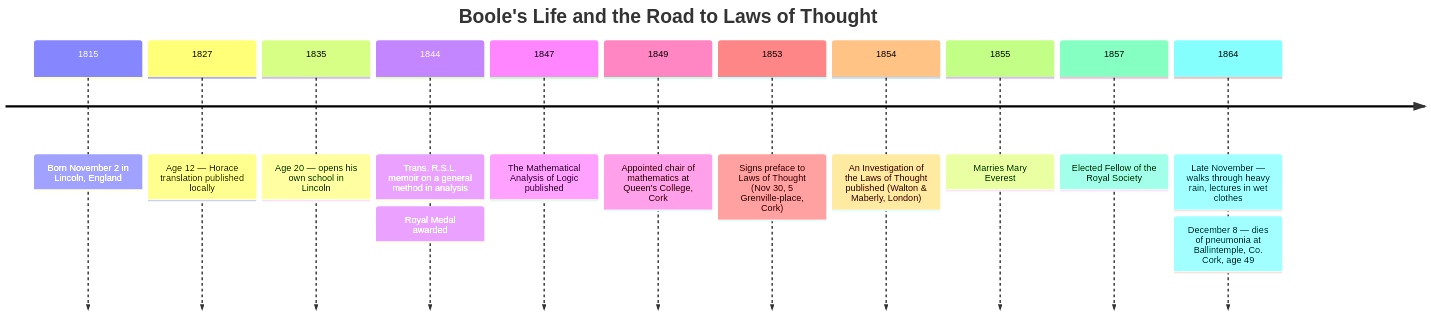
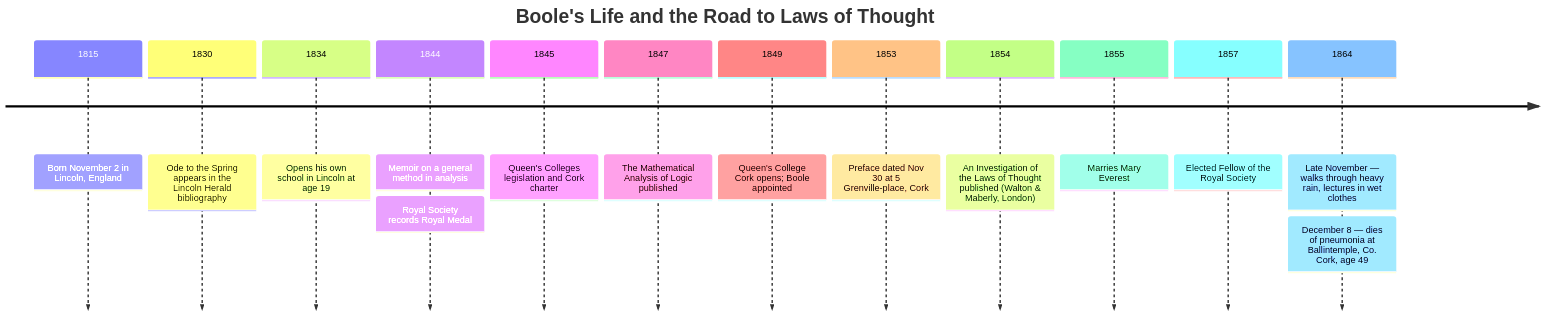
Before and after one commit to kube-dojo/kube-dojo: the diagram in src/content/docs/ai-history/ch-01-the-laws-of-thought.md, drawn with Mermaid. The commit also changed other lines of this file, not shown here.

First line of the commit message:
fix(book): correct Boole chronology and source boundaries (#2302) (#2341)

````diff
--- a/src/content/docs/ai-history/ch-01-the-laws-of-thought.md
+++ b/src/content/docs/ai-history/ch-01-the-laws-of-thought.md
@@ -29,15 +29,16 @@
 ```mermaid
 timeline
     title Boole's Life and the Road to Laws of Thought
     1815 : Born November 2 in Lincoln, England
-    1827 : Age 12 — Horace translation published locally
-    1835 : Age 20 — opens his own school in Lincoln
-    1844 : Trans. R.S.L. memoir on a general method in analysis : Royal Medal awarded
+    1830 : Ode to the Spring appears in the Lincoln Herald bibliography
+    1834 : Opens his own school in Lincoln at age 19
+    1844 : Memoir on a general method in analysis : Royal Society records Royal Medal
+    1845 : Queen's Colleges legislation and Cork charter
     1847 : The Mathematical Analysis of Logic published
-    1849 : Appointed chair of mathematics at Queen's College, Cork
-    1853 : Signs preface to Laws of Thought (Nov 30, 5 Grenville-place, Cork)
+    1849 : Queen's College Cork opens; Boole appointed
+    1853 : Preface dated Nov 30 at 5 Grenville-place, Cork
     1854 : An Investigation of the Laws of Thought published (Walton & Maberly, London)
     1855 : Marries Mary Everest
     1857 : Elected Fellow of the Royal Society
     1864 : Late November — walks through heavy rain, lectures in wet clothes : December 8 — dies of pneumonia at Ballintemple, Co. Cork, age 49
 ```
````
